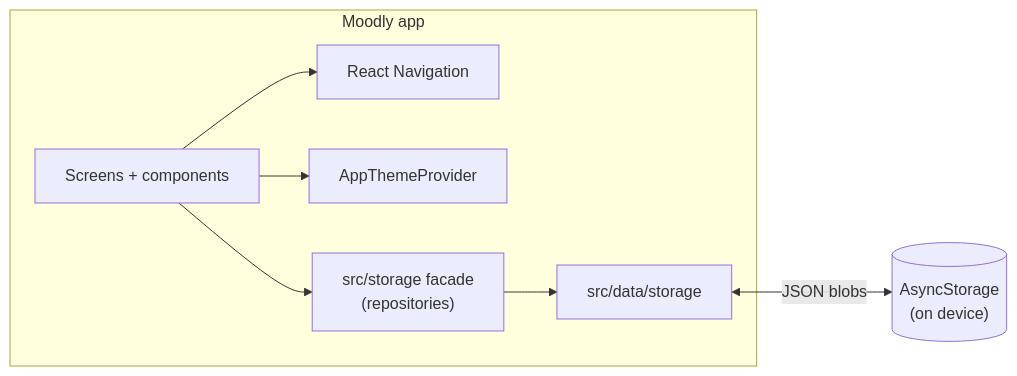
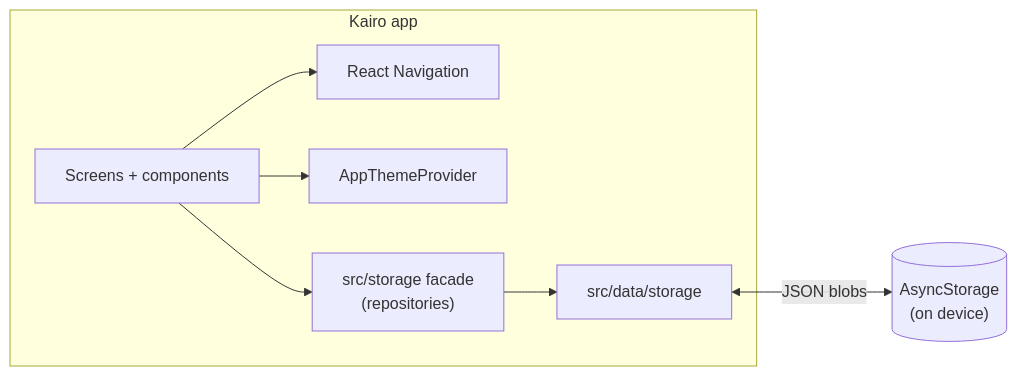
The diagram in README.md (maxiguillermo1/moodly), drawn with Mermaid before and after one commit. The commit also changed other lines of this file and 169 other files, not shown here.

First line of the commit message:
Rename Moodly to Kairo.

````diff
--- a/README.md
+++ b/README.md
@@ -88,16 +88,16 @@
 ```mermaid
 flowchart LR
-  subgraph Client["Moodly app"]
+  subgraph Client["Kairo app"]
     UI["Screens + components"]
     Nav["React Navigation"]
     Theme["AppThemeProvider"]
     Facade["src/storage facade\n(repositories)"]
     Impl["src/data/storage"]
   end
 
   UI --> Nav
   UI --> Theme
   UI --> Facade
   Facade --> Impl
   Impl <-->|"JSON blobs"| AS[("AsyncStorage\n(on device)")]
 ```
````
